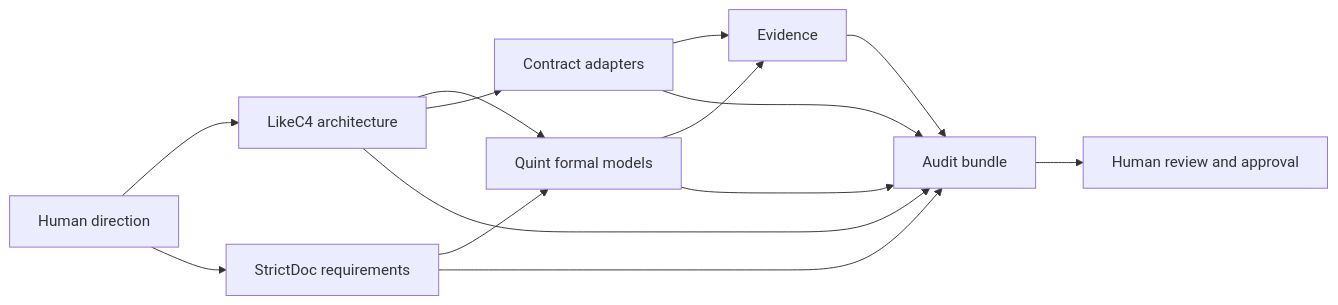
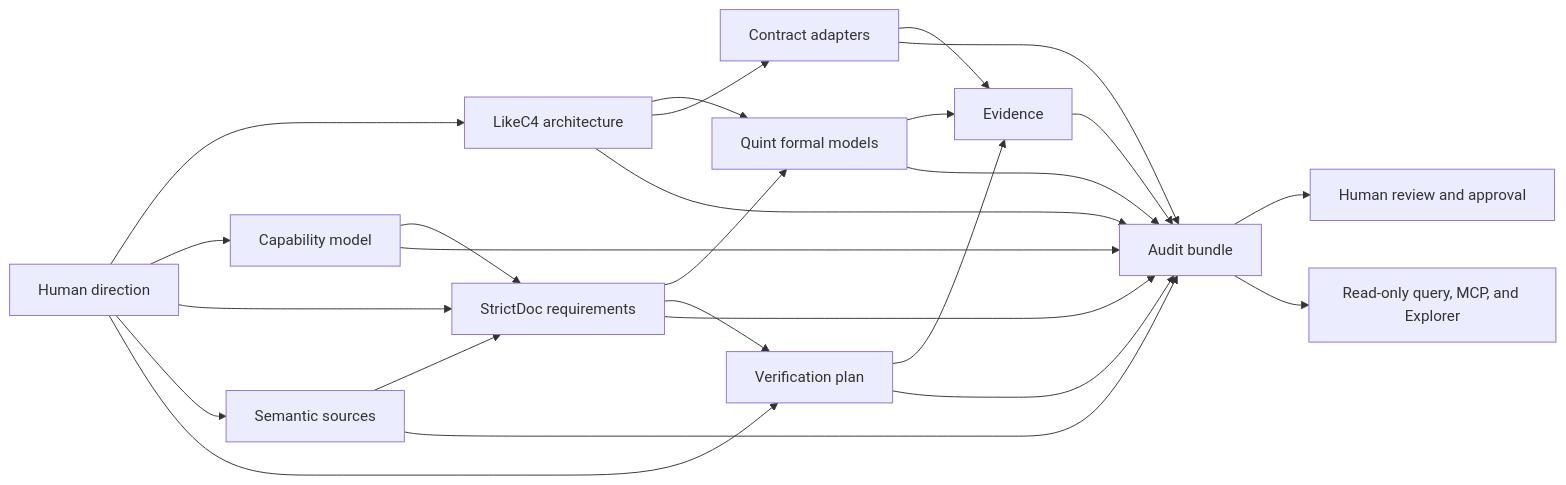
The diagram in docs/landscape.md (joaosimsic/spec-framework), drawn with Mermaid before and after one commit. The commit also changed other lines of this file and 40 other files, not shown here.

````diff
--- a/docs/landscape.md
+++ b/docs/landscape.md
@@ -39,16 +43,27 @@
 ```mermaid
 flowchart LR
     H[Human direction] --> A[LikeC4 architecture]
+    H --> CAP[Capability model]
     H --> R[StrictDoc requirements]
+    H --> S[Semantic sources]
+    H --> VP[Verification plan]
     A --> F[Quint formal models]
+    CAP --> R
     R --> F
+    R --> VP
+    S --> R
     A --> C[Contract adapters]
     F --> E[Evidence]
+    VP --> E
     C --> E
     A --> B[Audit bundle]
+    CAP --> B
+    S --> B
     R --> B
     F --> B
+    VP --> B
     C --> B
     E --> B
     B --> V[Human review and approval]
+    B --> Q[Read-only query, MCP, and Explorer]
 ```
````
